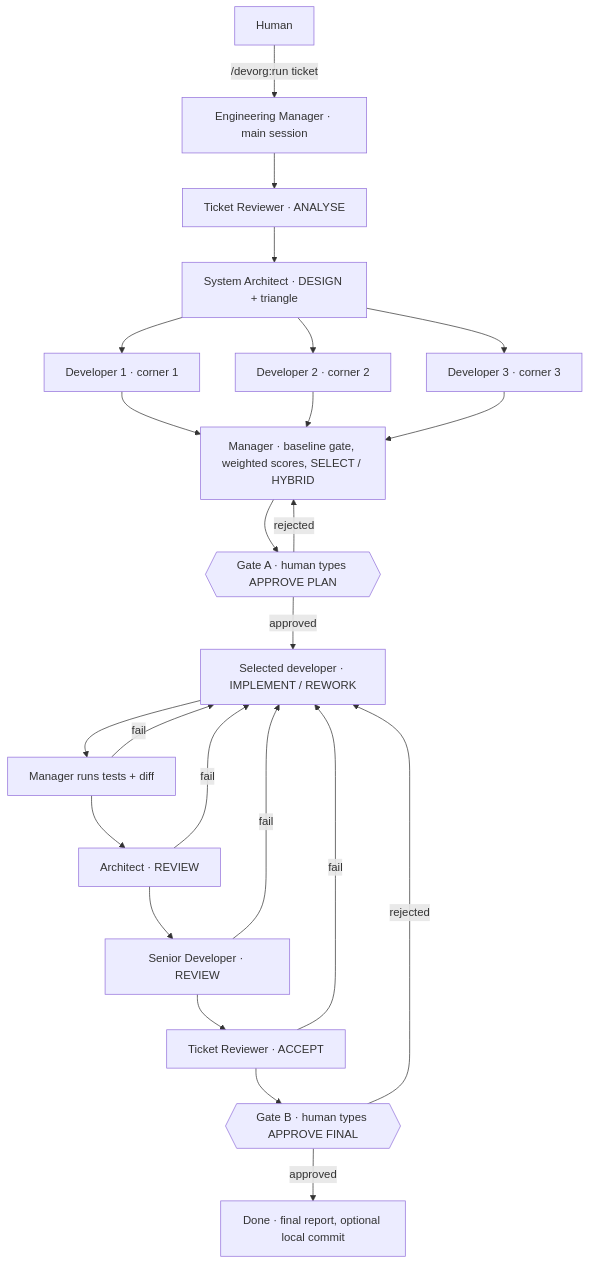
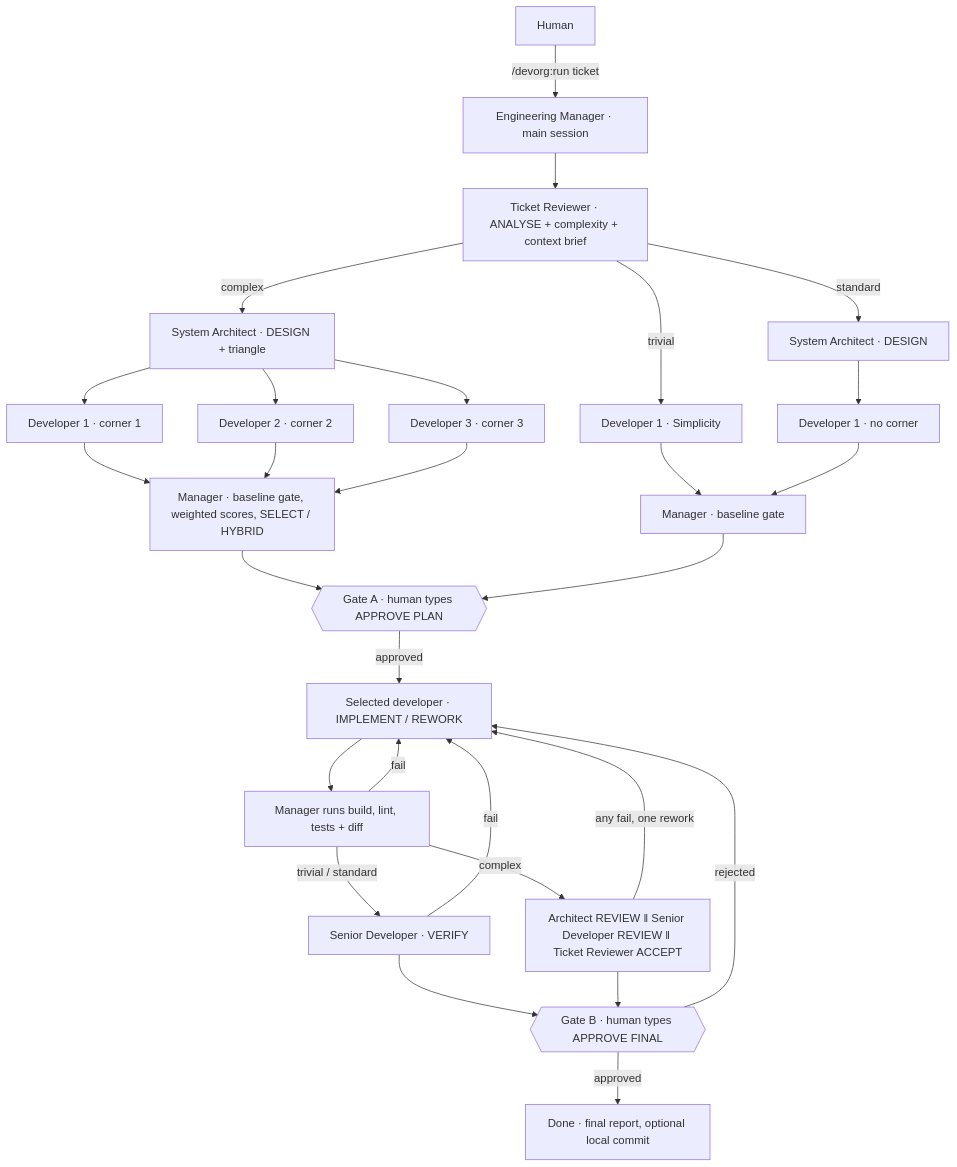
Before and after one commit to Iamaksingh/DevOrg: the diagram in docs/architecture.md, drawn with Mermaid. The commit also changed other lines of this file and 17 other files, not shown here.

Commit message:
added context brief , models per role , complexity triage

````diff
--- a/docs/architecture.md
+++ b/docs/architecture.md
@@ -41,24 +46,25 @@
 ```mermaid
 flowchart TD
     H[Human] -->|/devorg:run ticket| M[Engineering Manager · main session]
-    M --> TR[Ticket Reviewer · ANALYSE]
-    TR --> SA[System Architect · DESIGN + triangle]
+    M --> TR[Ticket Reviewer · ANALYSE + complexity + context brief]
+    TR -->|trivial| P1[Developer 1 · Simplicity]
+    TR -->|standard| SS[System Architect · DESIGN]
+    SS --> P1S[Developer 1 · no corner]
+    TR -->|complex| SA[System Architect · DESIGN + triangle]
     SA --> D1[Developer 1 · corner 1]
     SA --> D2[Developer 2 · corner 2]
     SA --> D3[Developer 3 · corner 3]
     D1 & D2 & D3 --> C[Manager · baseline gate, weighted scores, SELECT / HYBRID]
-    C --> GA{{Gate A · human types APPROVE PLAN}}
-    GA -->|rejected| C
+    P1 & P1S --> C1[Manager · baseline gate]
+    C & C1 --> GA{{Gate A · human types APPROVE PLAN}}
     GA -->|approved| I[Selected developer · IMPLEMENT / REWORK]
-    I --> T[Manager runs tests + diff]
+    I --> T[Manager runs build, lint, tests + diff]
     T -->|fail| I
-    T --> AR[Architect · REVIEW]
-    AR -->|fail| I
-    AR --> SR[Senior Developer · REVIEW]
-    SR -->|fail| I
-    SR --> AC[Ticket Reviewer · ACCEPT]
-    AC -->|fail| I
-    AC --> GB{{Gate B · human types APPROVE FINAL}}
+    T -->|trivial / standard| V[Senior Developer · VERIFY]
+    T -->|complex| R[Architect REVIEW ‖ Senior Developer REVIEW ‖ Ticket Reviewer ACCEPT]
+    V -->|fail| I
+    R -->|any fail, one rework| I
+    V & R --> GB{{Gate B · human types APPROVE FINAL}}
     GB -->|rejected| I
     GB -->|approved| DONE[Done · final report, optional local commit]
 ```
````
